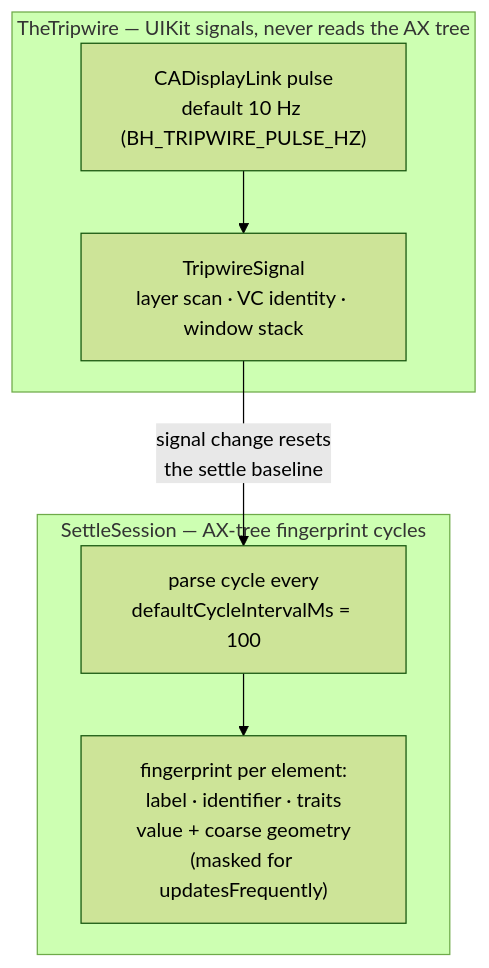
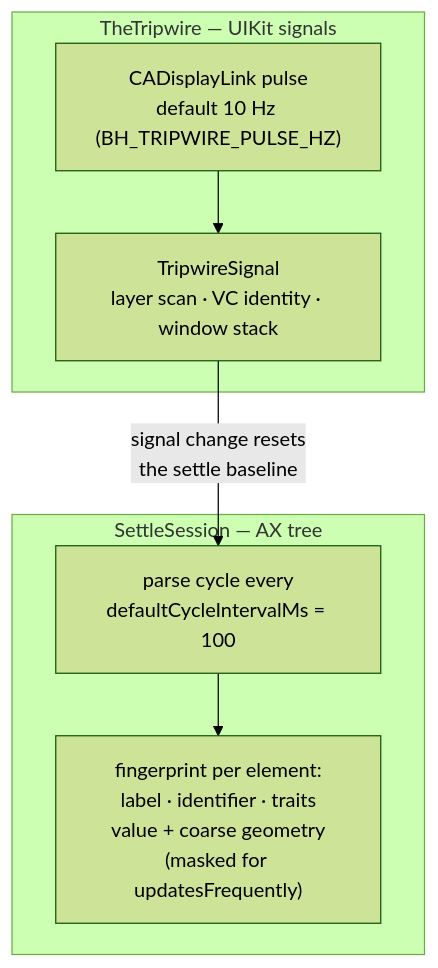
Before and after one commit to RoyalPineapple/TheButtonHeist: the second of 2 diagrams in docs/diagrams/settle-loop.md, drawn with Mermaid (forest theme). The commit also changed other lines of this file and 5 other files, not shown here.

First line of the commit message:
Polish diagram layouts after visual render review

````diff
--- a/docs/diagrams/settle-loop.md
+++ b/docs/diagrams/settle-loop.md
@@ -37,14 +37,14 @@
 ```mermaid
 flowchart TD
-    subgraph tripwire["TheTripwire — UIKit signals, never reads the AX tree"]
+    subgraph tripwire["TheTripwire — UIKit signals"]
         PULSE["CADisplayLink pulse<br/>default 10 Hz (BH_TRIPWIRE_PULSE_HZ)"]
         SIGNAL["TripwireSignal<br/>layer scan · VC identity · window stack"]
         PULSE --> SIGNAL
     end
-    subgraph settle["SettleSession — AX-tree fingerprint cycles"]
+    subgraph settle["SettleSession — AX tree"]
         PARSE["parse cycle every<br/>defaultCycleIntervalMs = 100"]
         FP["fingerprint per element:<br/>label · identifier · traits<br/>value + coarse geometry<br/>(masked for updatesFrequently)"]
         PARSE --> FP
     end
     SIGNAL -- "signal change resets<br/>the settle baseline" --> PARSE
 ```
````
